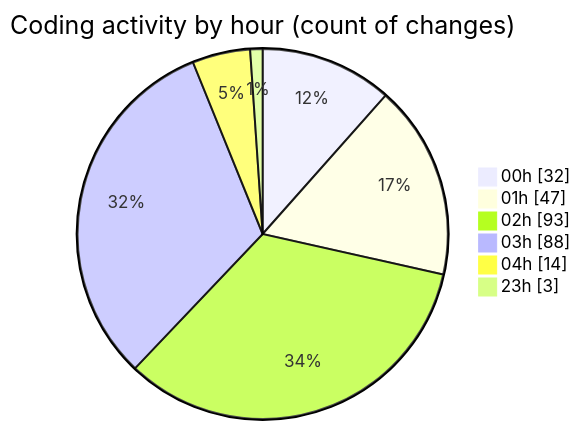
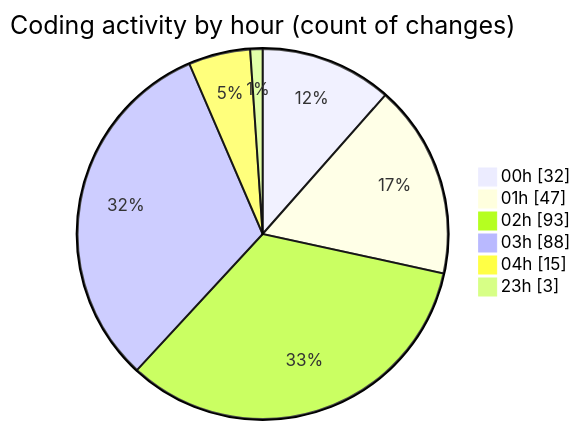
The second of 2 diagrams in 2025-07-28/quanlyrapchieuphim-1/README.md (lephambinh05/code-tracking), drawn with Mermaid before and after one commit. The commit also changed other lines of this file and 1 other file, not shown here.

````diff
--- a/2025-07-28/quanlyrapchieuphim-1/README.md
+++ b/2025-07-28/quanlyrapchieuphim-1/README.md
@@ -63,10 +63,10 @@
 ```mermaid
 pie showData
 title Coding activity by hour (count of changes)
 "00h" : 32
 "01h" : 47
 "02h" : 93
 "03h" : 88
-"04h" : 14
+"04h" : 15
 "23h" : 3
 ```
````
